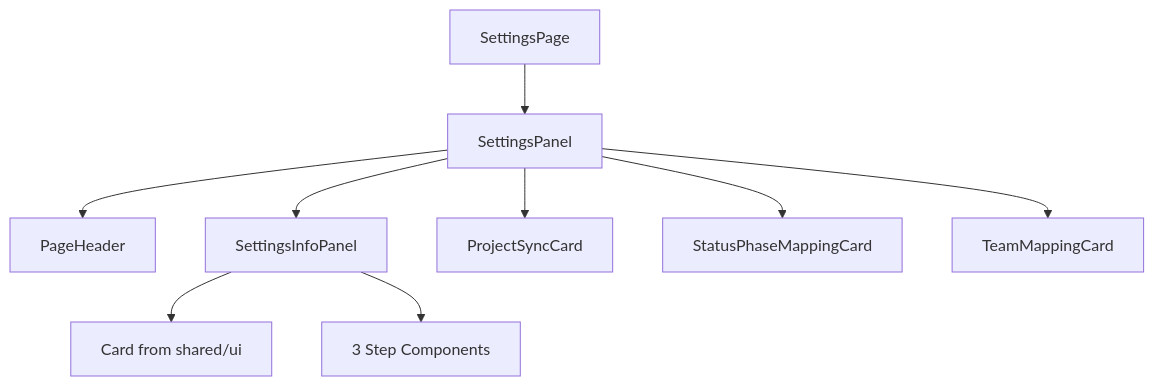
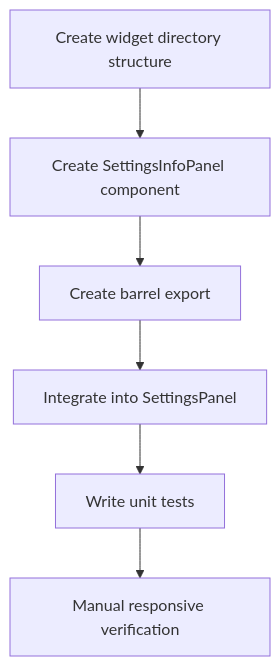
One commit to KSchyogolev/shadow-bi changed the diagram in docs/grooming/sta-6-add-info-panel-to-settings-page.md. Above: the diagram before and after it, drawn with Mermaid. The commit also changed other lines of this file, not shown here.

````diff
--- a/docs/grooming/sta-6-add-info-panel-to-settings-page.md
+++ b/docs/grooming/sta-6-add-info-panel-to-settings-page.md
@@ -98,12 +162,8 @@
 ```mermaid
-graph TD
-    A[SettingsPage] --> B[SettingsPanel]
-    B --> C[PageHeader]
-    B --> D[SettingsInfoPanel] 
-    B --> E[ProjectSyncCard]
-    B --> F[StatusPhaseMappingCard]
-    B --> G[TeamMappingCard]
-    
-    D --> H[Card from shared/ui]
-    D --> I[3 Step Components]
+flowchart TD
+    A[Create widget directory structure] --> B[Create SettingsInfoPanel component]
+    B --> C[Create barrel export]
+    C --> D[Integrate into SettingsPanel]
+    D --> E[Write unit tests]
+    E --> F[Manual responsive verification]
 ```
````
